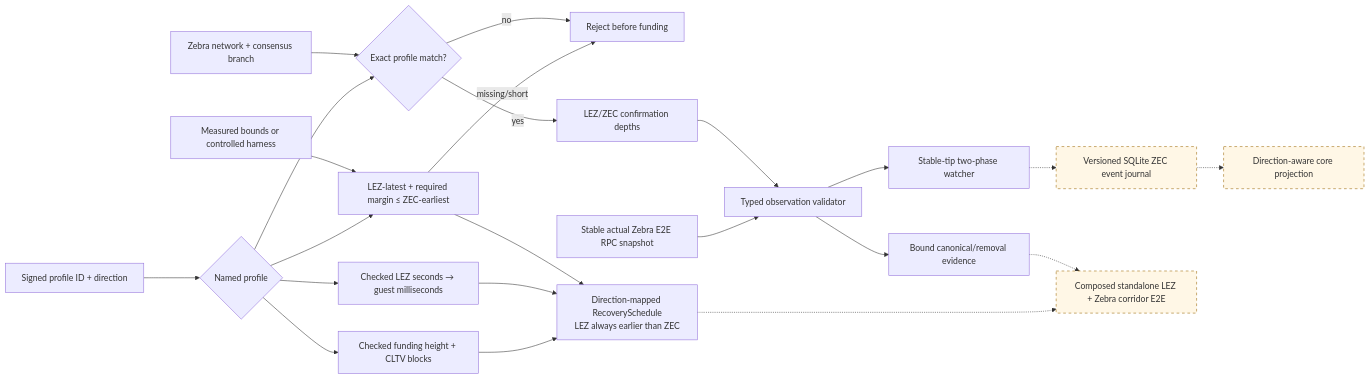
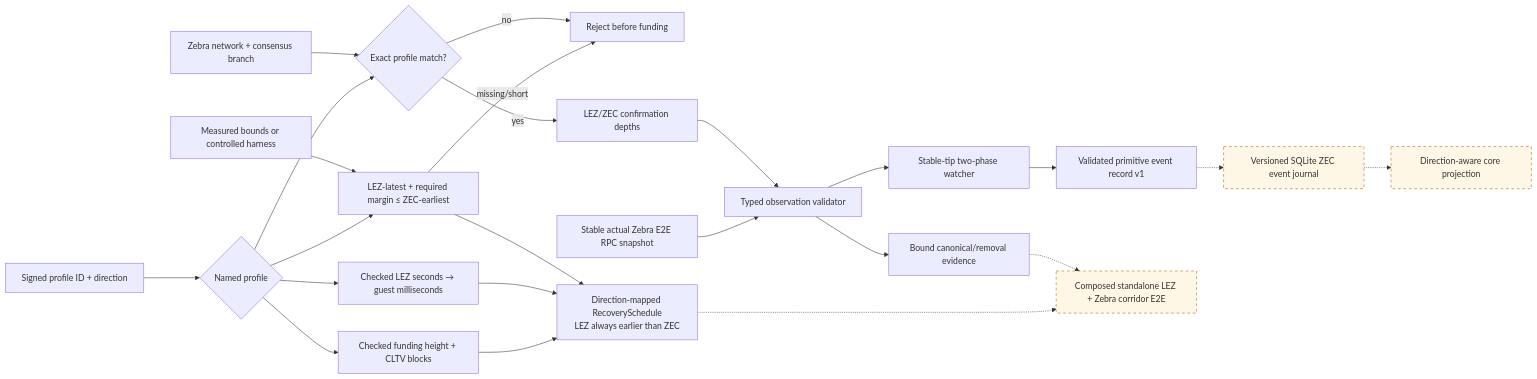
The sixth of 9 diagrams in docs/architecture/system-architecture.md (gateway-fm/lez-atomic-swaps), drawn with Mermaid before and after one commit. The commit also changed 9 other files, not shown here.

````diff
--- a/docs/architecture/system-architecture.md
+++ b/docs/architecture/system-architecture.md
@@ -273,27 +273,28 @@
 ```mermaid
 flowchart LR
     Terms["Signed profile ID + direction"] --> Select{"Named profile"}
     Node["Zebra network + consensus branch"] --> Validate{"Exact profile match?"}
     Select --> Validate
     Validate -->|"no"| Reject["Reject before funding"]
     Validate -->|"yes"| Depths["LEZ/ZEC confirmation depths"]
     Select --> LezDeadline["Checked LEZ seconds → guest milliseconds"]
     Select --> ZecDeadline["Checked funding height + CLTV blocks"]
     Telemetry["Measured bounds or controlled harness"] --> Safety["LEZ-latest + required margin ≤ ZEC-earliest"]
     Select --> Safety
     Safety -->|"missing/short"| Reject
     Safety --> Schedule["Direction-mapped RecoverySchedule<br/>LEZ always earlier than ZEC"]
     Depths --> Validator["Typed observation validator"]
     ZebraE2E["Stable actual Zebra E2E RPC snapshot"] --> Validator
     Validator --> Watcher["Stable-tip two-phase watcher"]
-    Watcher -.-> Journal["Versioned SQLite ZEC event journal"]
+    Watcher --> Record["Validated primitive event record v1"]
+    Record -.-> Journal["Versioned SQLite ZEC event journal"]
     Journal -.-> Projection["Direction-aware core projection"]
     Validator --> Observe["Bound canonical/removal evidence"]
     LezDeadline --> Schedule
     ZecDeadline --> Schedule
     Observe -.-> Composed["Composed standalone LEZ + Zebra corridor E2E"]
     Schedule -.-> Composed
 
     classDef planned stroke-dasharray: 5 5,fill:#fff7e6,stroke:#9a6700;
     class Journal,Projection,Composed planned;
 ```
````
